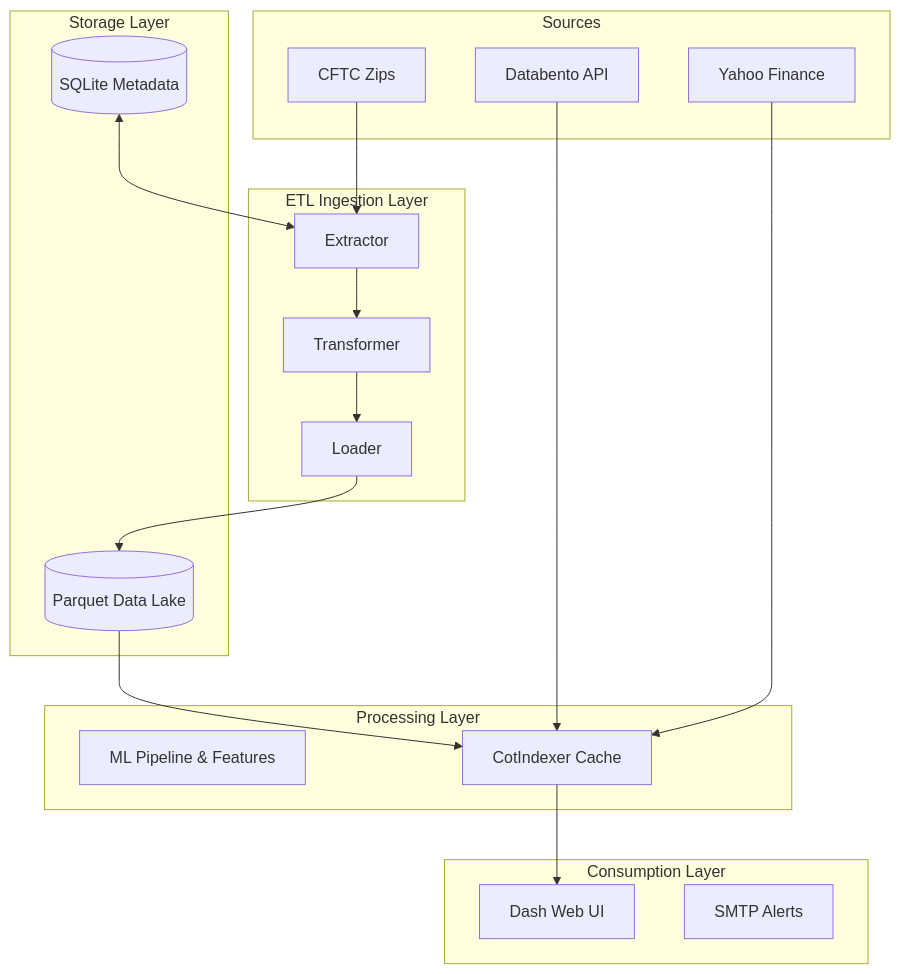
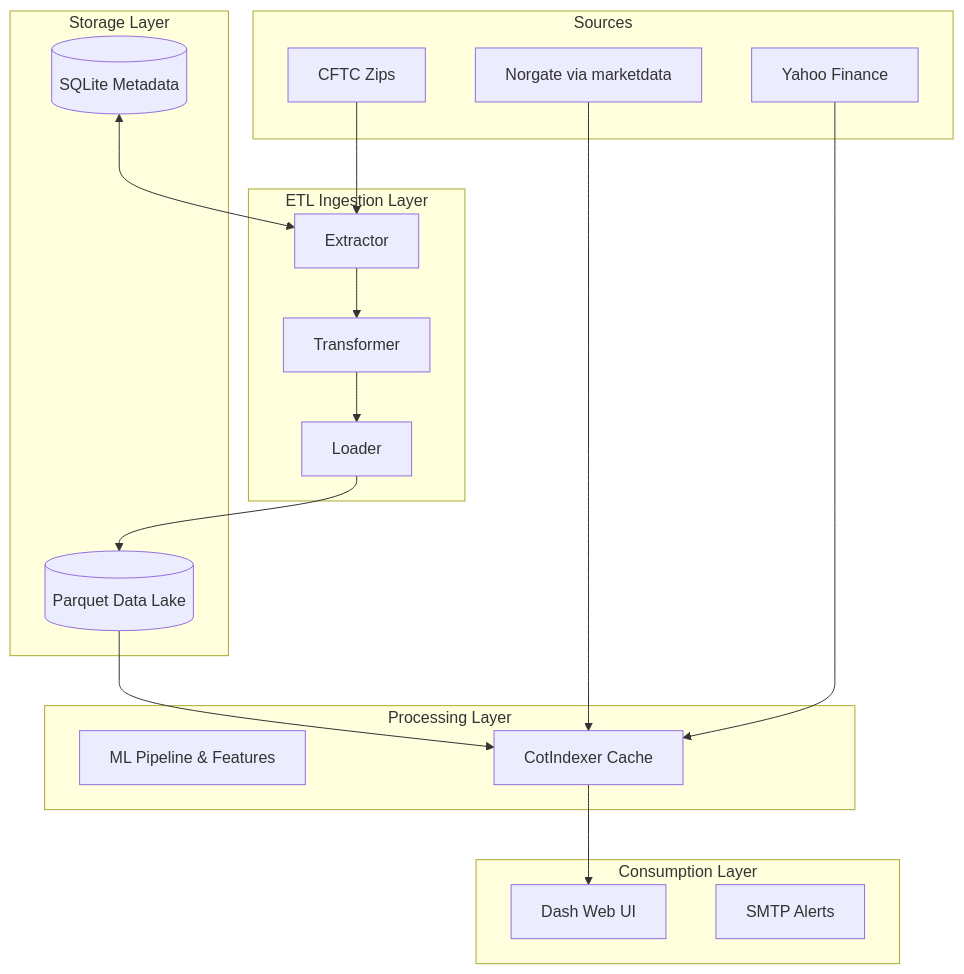
Before and after one commit to mspinola/cot-analyzer: the diagram in docs/data_architecture.md, drawn with Mermaid. The commit also changed other lines of this file and 2 other files, not shown here.

````diff
--- a/docs/data_architecture.md
+++ b/docs/data_architecture.md
@@ -92,38 +99,38 @@
 ```mermaid
 flowchart TD
     subgraph Sources
         CFTC[CFTC Zips]
-        DBento[Databento API]
+        NG[Norgate via marketdata]
         YF[Yahoo Finance]
     end
 
     subgraph ETL Ingestion Layer
         Ext[Extractor]
         Trans[Transformer]
         Load[Loader]
         Ext --> Trans --> Load
     end
 
     subgraph Storage Layer
         Parquet[(Parquet Data Lake)]
         SQLite[(SQLite Metadata)]
     end
 
     subgraph Processing Layer
         ML[ML Pipeline & Features]
         Indexer[CotIndexer Cache]
     end
 
     subgraph Consumption Layer
         Dash[Dash Web UI]
         Email[SMTP Alerts]
     end
 
     CFTC --> Ext
     SQLite <--> Ext
-    DBento --> Indexer
+    NG --> Indexer
     YF --> Indexer
     Load --> Parquet
     Parquet --> Indexer
     Indexer --> Dash
 ```
````
